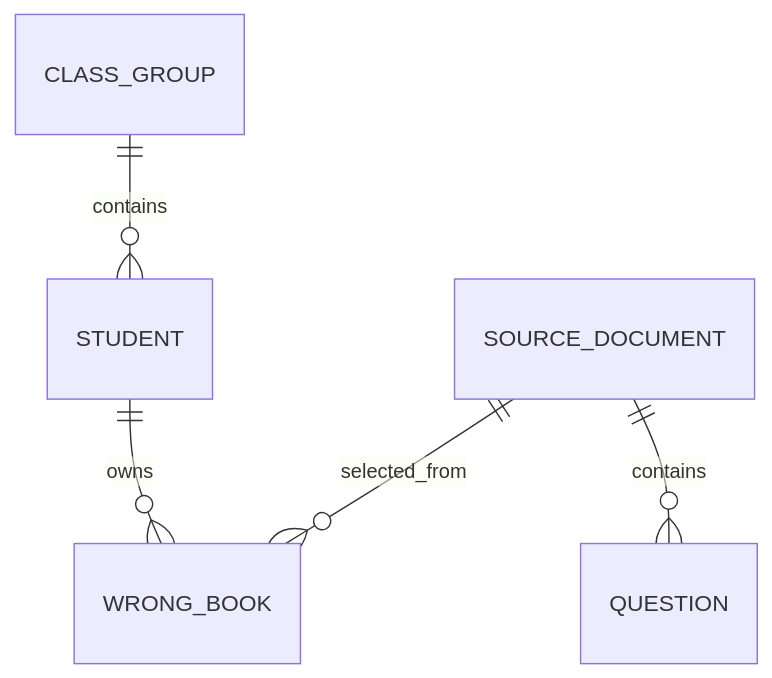
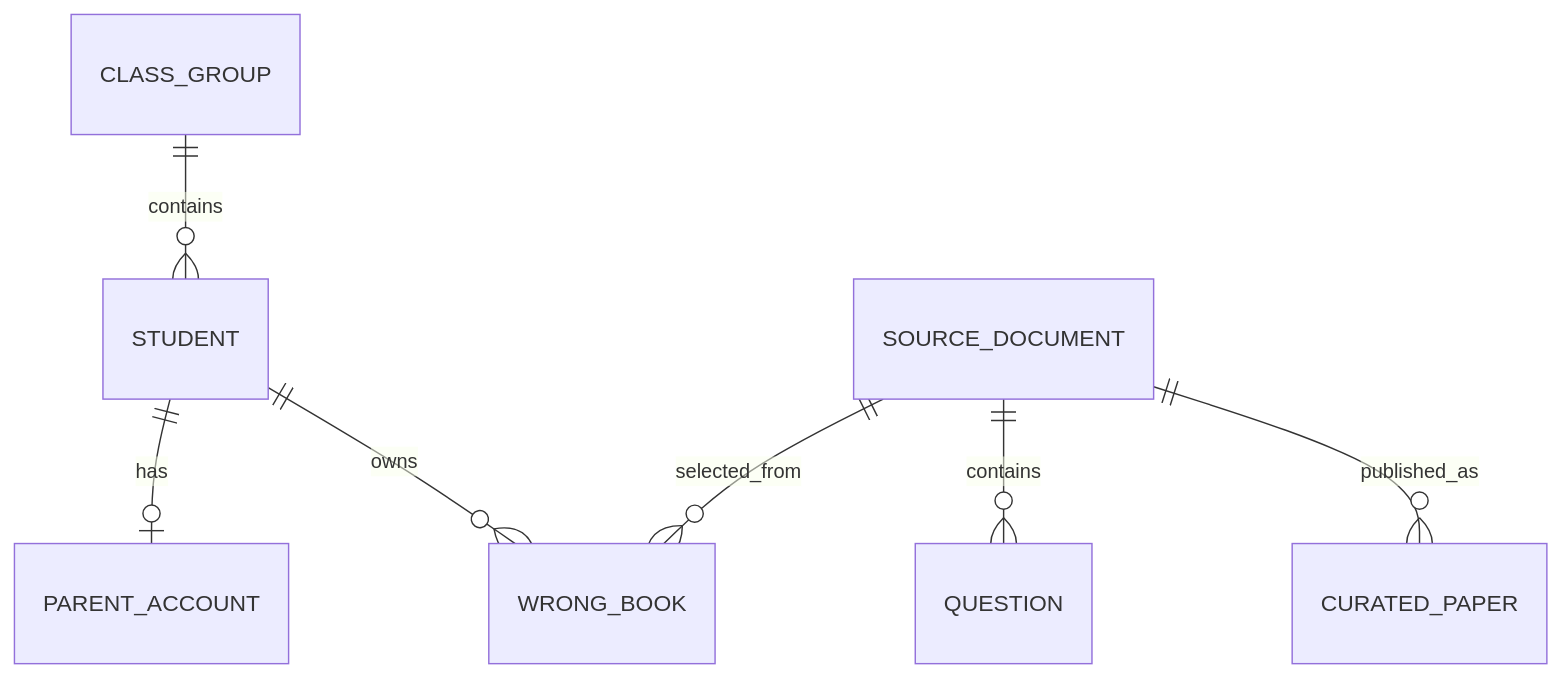
The first of 2 diagrams in docs/DATABASE.md (wangnn0506/math-analysis-system), drawn with Mermaid before and after one commit. The commit also changed other lines of this file and 31 other files, not shown here.

Commit message:
add parent portal and curated paper library

```diff
--- a/docs/DATABASE.md
+++ b/docs/DATABASE.md
@@ -35,7 +39,9 @@
 ~~~mermaid
 erDiagram
     CLASS_GROUP ||--o{ STUDENT : contains
+    STUDENT ||--o| PARENT_ACCOUNT : has
     STUDENT ||--o{ WRONG_BOOK : owns
     SOURCE_DOCUMENT ||--o{ QUESTION : contains
     SOURCE_DOCUMENT ||--o{ WRONG_BOOK : selected_from
+    SOURCE_DOCUMENT ||--o{ CURATED_PAPER : published_as
 ~~~
```
